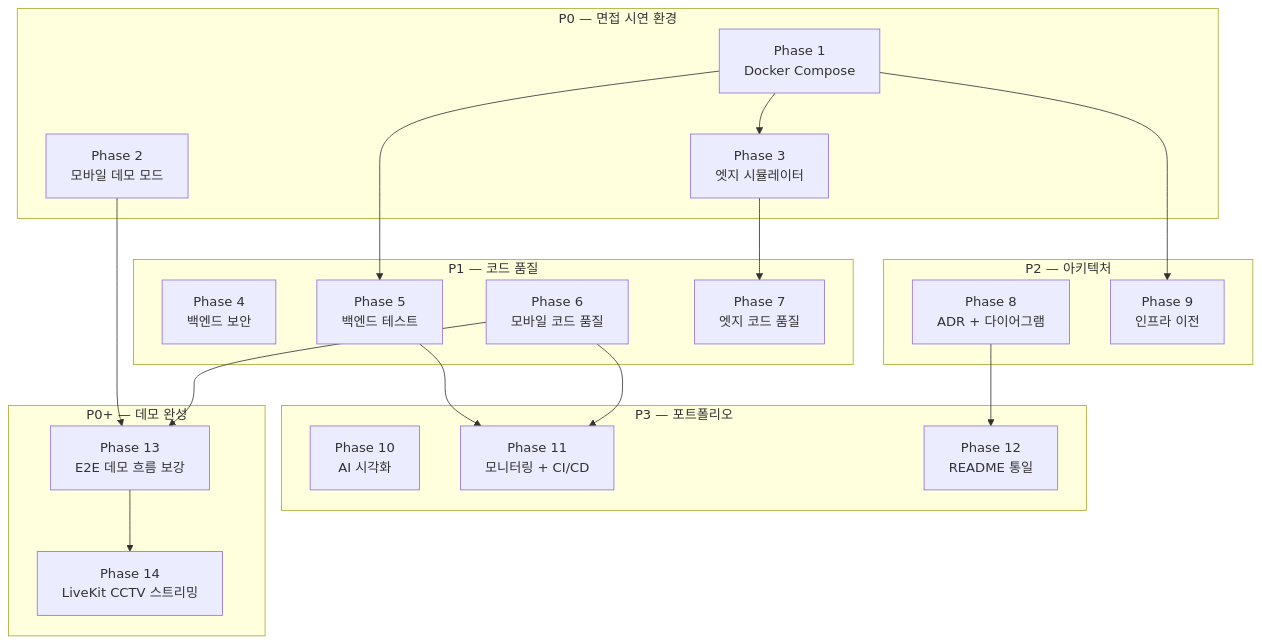
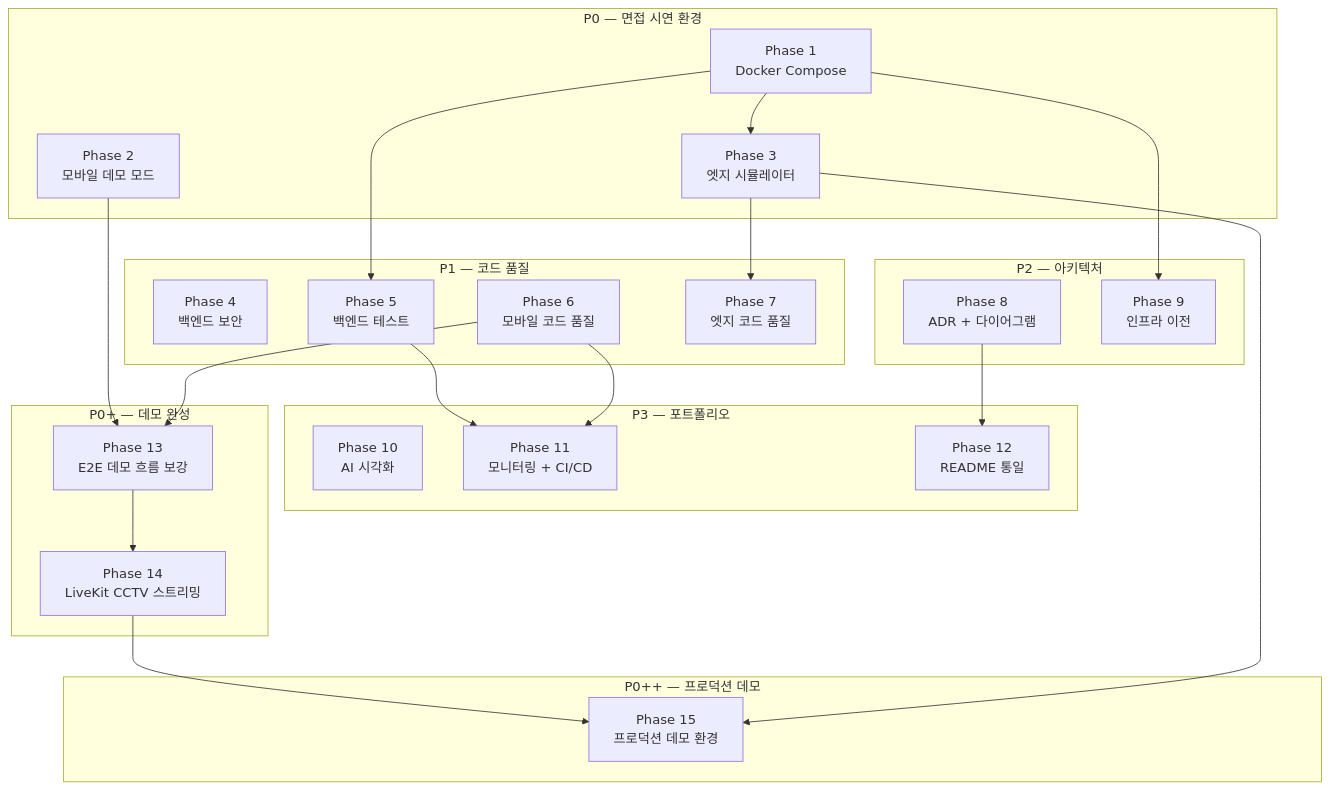
Before and after one commit to JeffKM/ember-sentinel-application: the diagram in docs/ROADMAP.md, drawn with Mermaid. The commit also changed other lines of this file and 5 other files, not shown here.

````diff
--- a/docs/ROADMAP.md
+++ b/docs/ROADMAP.md
@@ -327,42 +410,48 @@
 ```mermaid
 graph TD
     subgraph "P0 — 면접 시연 환경"
         P1_phase["Phase 1<br/>Docker Compose"]
         P2_phase["Phase 2<br/>모바일 데모 모드"]
         P3_phase["Phase 3<br/>엣지 시뮬레이터"]
     end
 
     subgraph "P1 — 코드 품질"
         P4_phase["Phase 4<br/>백엔드 보안"]
         P5_phase["Phase 5<br/>백엔드 테스트"]
         P6_phase["Phase 6<br/>모바일 코드 품질"]
         P7_phase["Phase 7<br/>엣지 코드 품질"]
     end
 
     subgraph "P2 — 아키텍처"
         P8_phase["Phase 8<br/>ADR + 다이어그램"]
         P9_phase["Phase 9<br/>인프라 이전"]
     end
 
     subgraph "P3 — 포트폴리오"
         P10_phase["Phase 10<br/>AI 시각화"]
         P11_phase["Phase 11<br/>모니터링 + CI/CD"]
         P12_phase["Phase 12<br/>README 통일"]
     end
 
     subgraph "P0+ — 데모 완성"
         P13_phase["Phase 13<br/>E2E 데모 흐름 보강"]
         P14_phase["Phase 14<br/>LiveKit CCTV 스트리밍"]
     end
 
+    subgraph "P0++ — 프로덕션 데모"
+        P15_phase["Phase 15<br/>프로덕션 데모 환경"]
+    end
+
     P1_phase --> P3_phase
     P1_phase --> P5_phase
     P1_phase --> P9_phase
     P3_phase --> P7_phase
     P5_phase --> P11_phase
     P6_phase --> P11_phase
     P8_phase --> P12_phase
     P2_phase --> P13_phase
     P6_phase --> P13_phase
     P13_phase --> P14_phase
+    P14_phase --> P15_phase
+    P3_phase --> P15_phase
 ```
````
